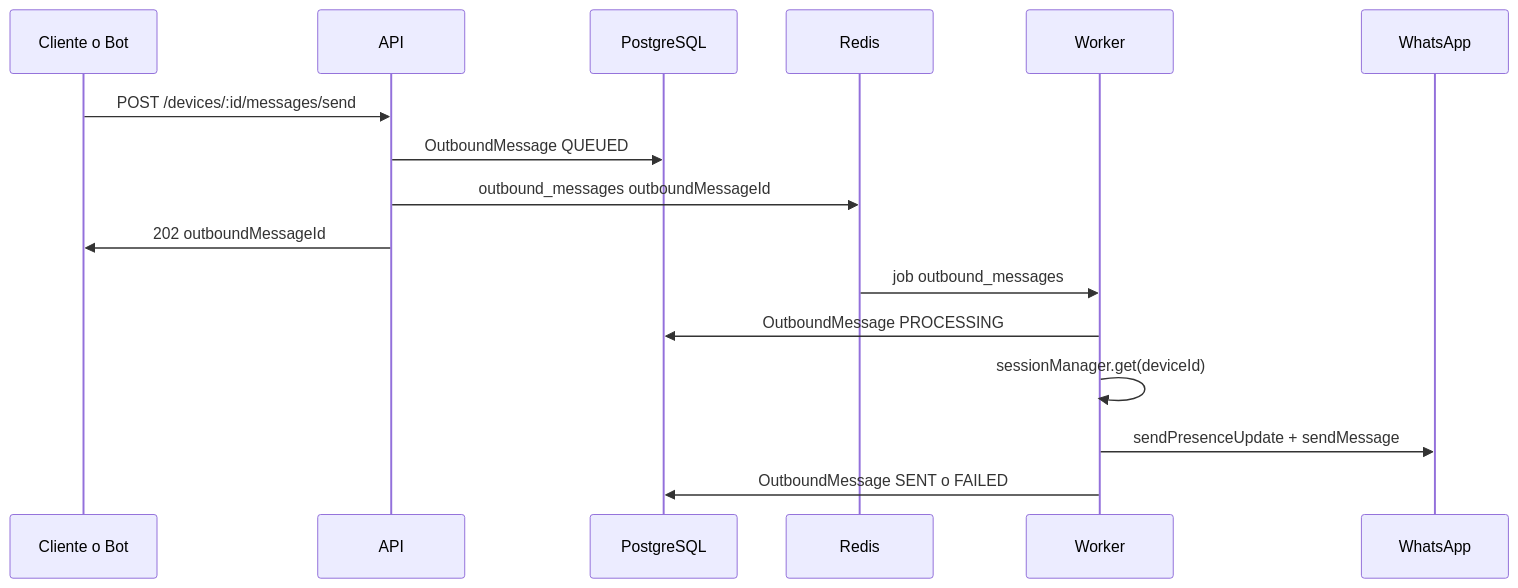
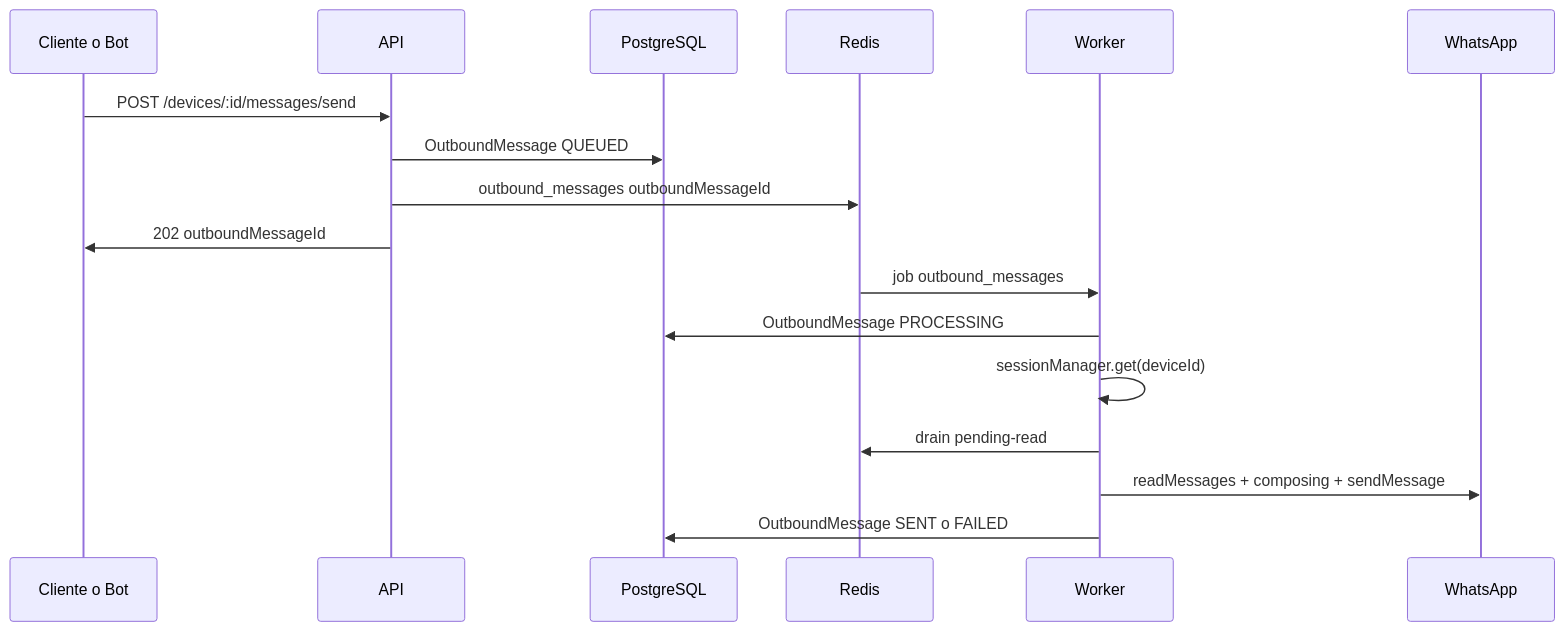
Before and after one commit to JoseManuelGdlO/whatsapp-connect-v2: the second of 2 diagrams in docs/FLUJOS.md, drawn with Mermaid. The commit also changed other lines of this file and 11 other files, not shown here.

First line of the commit message:
Feat: Introduce automatic message reading functionality in worker

````diff
--- a/docs/FLUJOS.md
+++ b/docs/FLUJOS.md
@@ -46,19 +46,20 @@
 ```mermaid
 sequenceDiagram
   participant Client as Cliente o Bot
   participant API as API
   participant DB as PostgreSQL
   participant Redis as Redis
   participant Worker as Worker
   participant WA as WhatsApp
 
   Client->>API: POST /devices/:id/messages/send
   API->>DB: OutboundMessage QUEUED
   API->>Redis: outbound_messages outboundMessageId
   API->>Client: 202 outboundMessageId
   Redis->>Worker: job outbound_messages
   Worker->>DB: OutboundMessage PROCESSING
   Worker->>Worker: sessionManager.get(deviceId)
-  Worker->>WA: sendPresenceUpdate + sendMessage
+  Worker->>Redis: drain pending-read
+  Worker->>WA: readMessages + composing + sendMessage
   Worker->>DB: OutboundMessage SENT o FAILED
 ```
````
